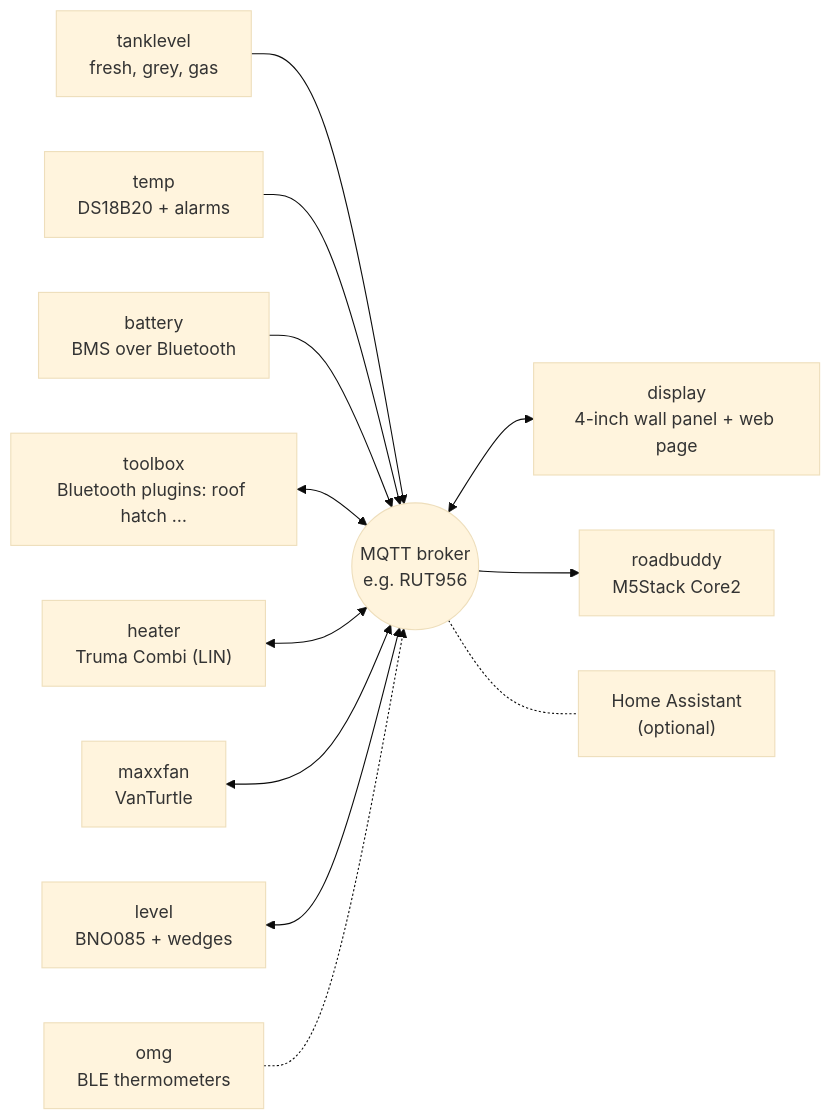
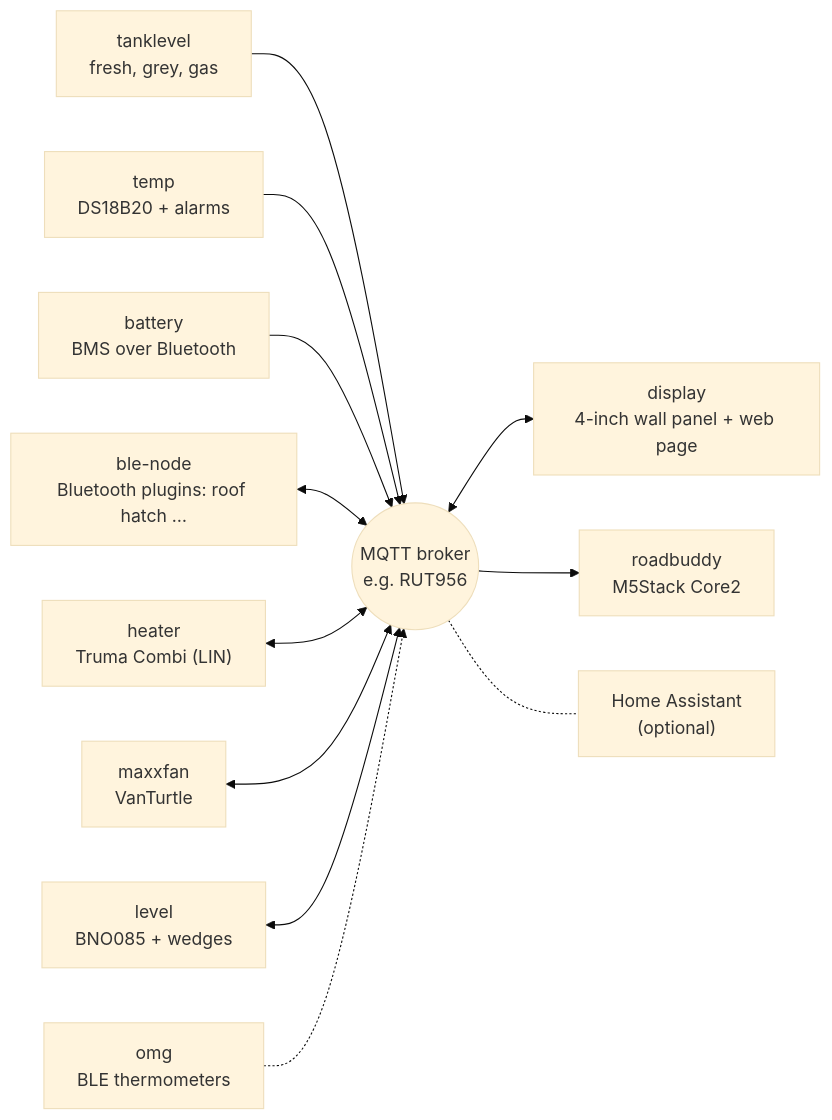
One commit to hflocki/vannode changed the diagram in README.md. Above: the diagram before and after it, drawn with Mermaid (base theme). The commit also changed other lines of this file and 76 other files, not shown here.

First line of the commit message:
Toolbox becomes the BLE node (ble 1.3.0), display 2.16.2

````diff
--- a/README.md
+++ b/README.md
@@ -27,15 +27,15 @@
 ```mermaid
 flowchart LR
   broker(("MQTT broker<br/>e.g. RUT956"))
   tank["tanklevel<br/>fresh, grey, gas"] --> broker
   temp["temp<br/>DS18B20 + alarms"] --> broker
   bat["battery<br/>BMS over Bluetooth"] --> broker
-  tool["toolbox<br/>Bluetooth plugins: roof hatch …"] <--> broker
+  tool["ble-node<br/>Bluetooth plugins: roof hatch …"] <--> broker
   heater["heater<br/>Truma Combi (LIN)"] <--> broker
   fan["maxxfan<br/>VanTurtle"] <--> broker
   level["level<br/>BNO085 + wedges"] <--> broker
   omg["omg<br/>BLE thermometers"] -.-> broker
   broker <--> display["display<br/>4-inch wall panel + web page"]
   broker --> rb["roadbuddy<br/>M5Stack Core2"]
   broker -.- ha["Home Assistant<br/>(optional)"]
 ```
````
